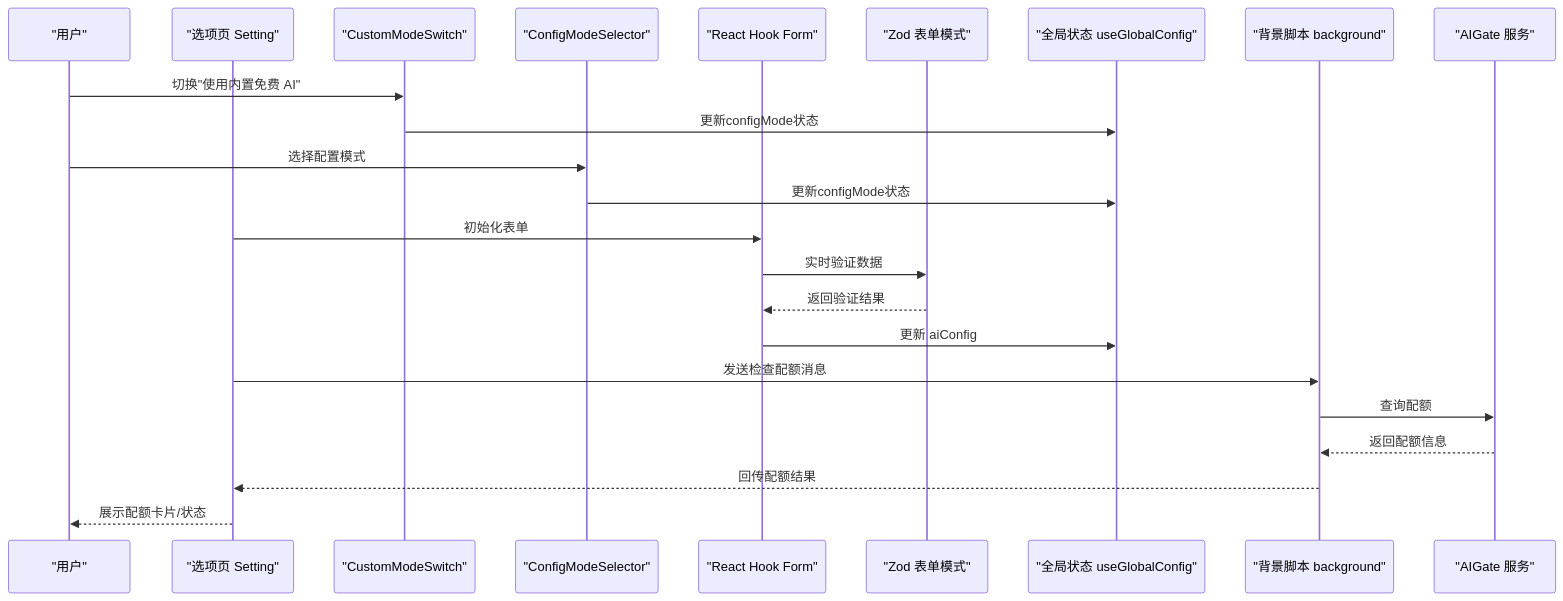
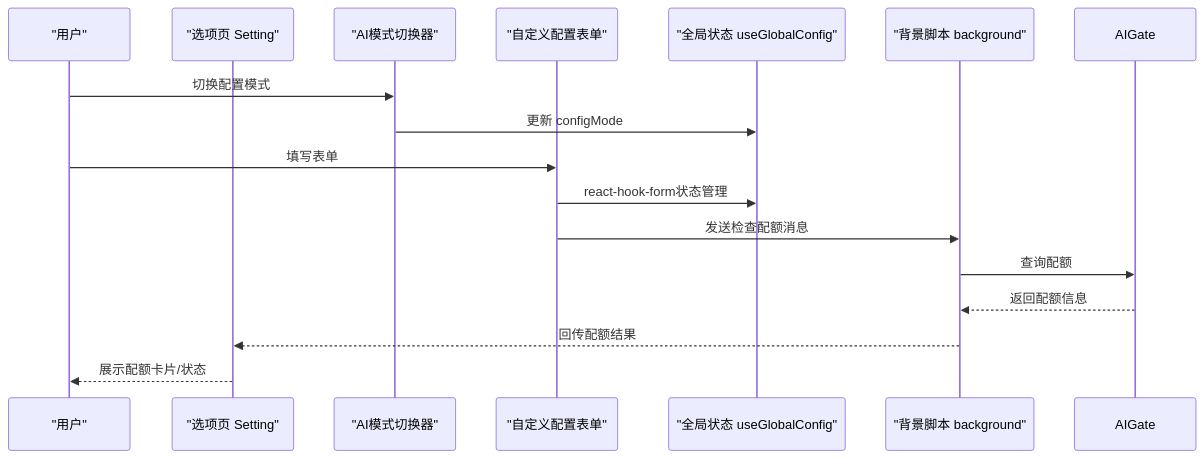
Before and after one commit to RadiumAg/bilibili-favorites: the second of 8 diagrams in .qoder/repowiki/zh/content/核心功能模块/配置管理系统.md, drawn with Mermaid. The commit also changed other lines of this file and 27 other files, not shown here.

````diff
--- a/.qoder/repowiki/zh/content/核心功能模块/配置管理系统.md
+++ b/.qoder/repowiki/zh/content/核心功能模块/配置管理系统.md
@@ -133,25 +132,18 @@
 ```mermaid
 sequenceDiagram
 participant User as "用户"
 participant Options as "选项页 Setting"
-participant CustomModeSwitch as "CustomModeSwitch"
-participant ConfigMode as "ConfigModeSelector"
-participant Form as "React Hook Form"
-participant Schema as "Zod 表单模式"
+participant Switch as "AI模式切换器"
+participant Form as "自定义配置表单"
 participant Store as "全局状态 useGlobalConfig"
 participant BG as "背景脚本 background"
-participant AIGate as "AIGate 服务"
-User->>CustomModeSwitch : 切换"使用内置免费 AI"
-CustomModeSwitch->>Store : 更新configMode状态
-User->>ConfigMode : 选择配置模式
-ConfigMode->>Store : 更新configMode状态
-Options->>Form : 初始化表单
-Form->>Schema : 实时验证数据
-Schema-->>Form : 返回验证结果
-Form->>Store : 更新 aiConfig
-Options->>BG : 发送检查配额消息
+User->>Switch : 切换配置模式
+Switch->>Store : 更新 configMode
+User->>Form : 填写表单
+Form->>Store : react-hook-form状态管理
+Form->>BG : 发送检查配额消息
 BG->>AIGate : 查询配额
 AIGate-->>BG : 返回配额信息
 BG-->>Options : 回传配额结果
 Options-->>User : 展示配额卡片/状态
 ```
````
